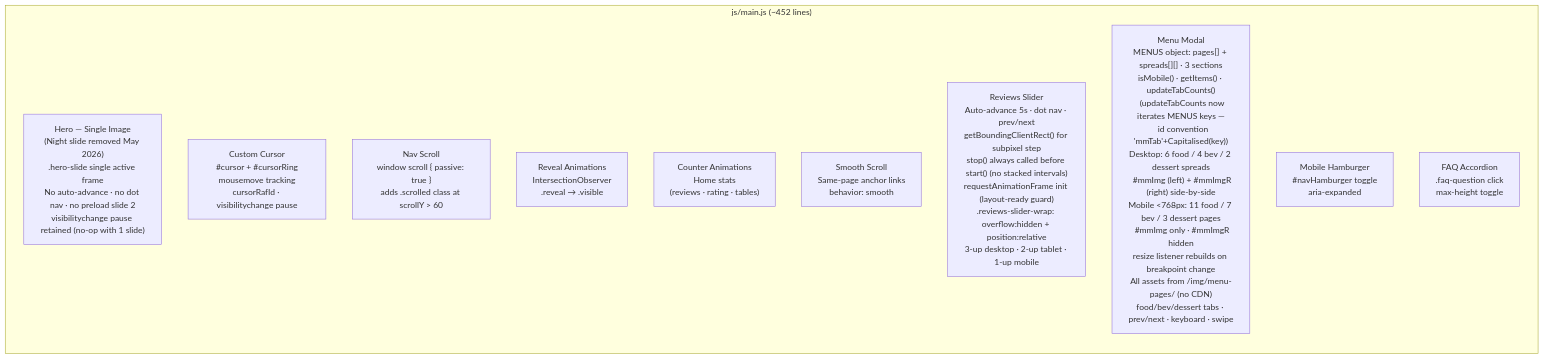
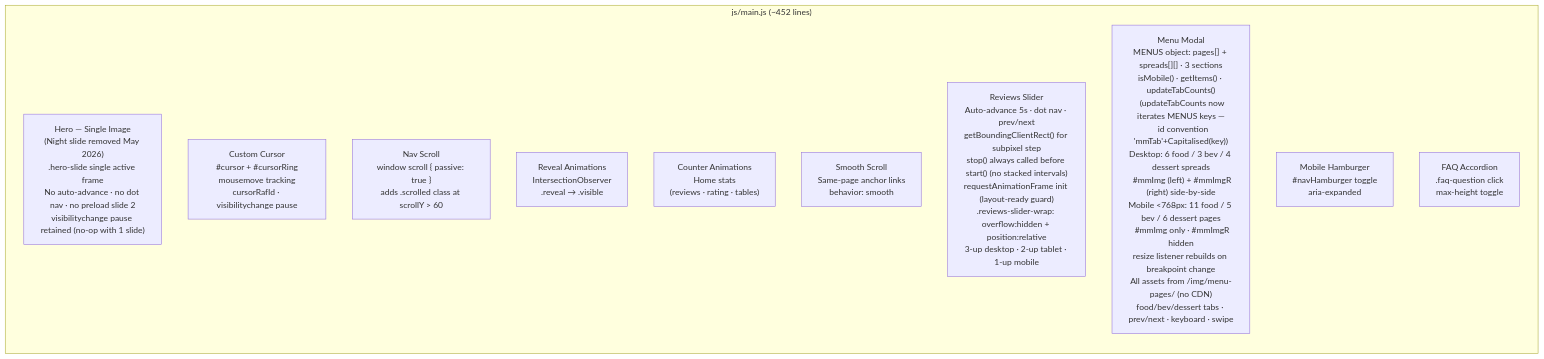
Before and after one commit to mahesh9403/Cafe-110-v2: the fifth of 7 diagrams in SITEMAP.md, drawn with Mermaid. The commit also changed other lines of this file and 71 other files, not shown here.

````diff
--- a/SITEMAP.md
+++ b/SITEMAP.md
@@ -250,15 +251,15 @@
 ```mermaid
 graph LR
     subgraph JS_MAP["js/main.js (~452 lines)"]
         J0["Hero — Single Image\n(Night slide removed May 2026)\n.hero-slide single active frame\nNo auto-advance · no dot nav · no preload slide 2\nvisibilitychange pause retained (no-op with 1 slide)"]
         J1["Custom Cursor\n#cursor + #cursorRing\nmousemove tracking\ncursorRafId · visibilitychange pause"]
         J2["Nav Scroll\nwindow scroll { passive: true }\nadds .scrolled class at scrollY > 60"]
         J3["Reveal Animations\nIntersectionObserver\n.reveal → .visible"]
         J4["Counter Animations\nHome stats\n(reviews · rating · tables)"]
         J5["Smooth Scroll\nSame-page anchor links\nbehavior: smooth"]
         J6["Reviews Slider\nAuto-advance 5s · dot nav · prev/next\ngetBoundingClientRect() for subpixel step\nstop() always called before start() (no stacked intervals)\nrequestAnimationFrame init (layout-ready guard)\n.reviews-slider-wrap: overflow:hidden + position:relative\n3-up desktop · 2-up tablet · 1-up mobile"]
-        J7["Menu Modal\nMENUS object: pages[] + spreads[][] · 3 sections\nisMobile() · getItems() · updateTabCounts()\n  (updateTabCounts now iterates MENUS keys —\n   id convention 'mmTab'+Capitalised(key))\nDesktop: 6 food / 4 bev / 2 dessert spreads\n  #mmImg (left) + #mmImgR (right) side-by-side\nMobile <768px: 11 food / 7 bev / 3 dessert pages\n  #mmImg only · #mmImgR hidden\nresize listener rebuilds on breakpoint change\nAll assets from /img/menu-pages/ (no CDN)\nfood/bev/dessert tabs · prev/next · keyboard · swipe"]
+        J7["Menu Modal\nMENUS object: pages[] + spreads[][] · 3 sections\nisMobile() · getItems() · updateTabCounts()\n  (updateTabCounts now iterates MENUS keys —\n   id convention 'mmTab'+Capitalised(key))\nDesktop: 6 food / 3 bev / 4 dessert spreads\n  #mmImg (left) + #mmImgR (right) side-by-side\nMobile <768px: 11 food / 5 bev / 6 dessert pages\n  #mmImg only · #mmImgR hidden\nresize listener rebuilds on breakpoint change\nAll assets from /img/menu-pages/ (no CDN)\nfood/bev/dessert tabs · prev/next · keyboard · swipe"]
         J8["Mobile Hamburger\n#navHamburger toggle\naria-expanded"]
         J9["FAQ Accordion\n.faq-question click\nmax-height toggle"]
     end
 ```
````
